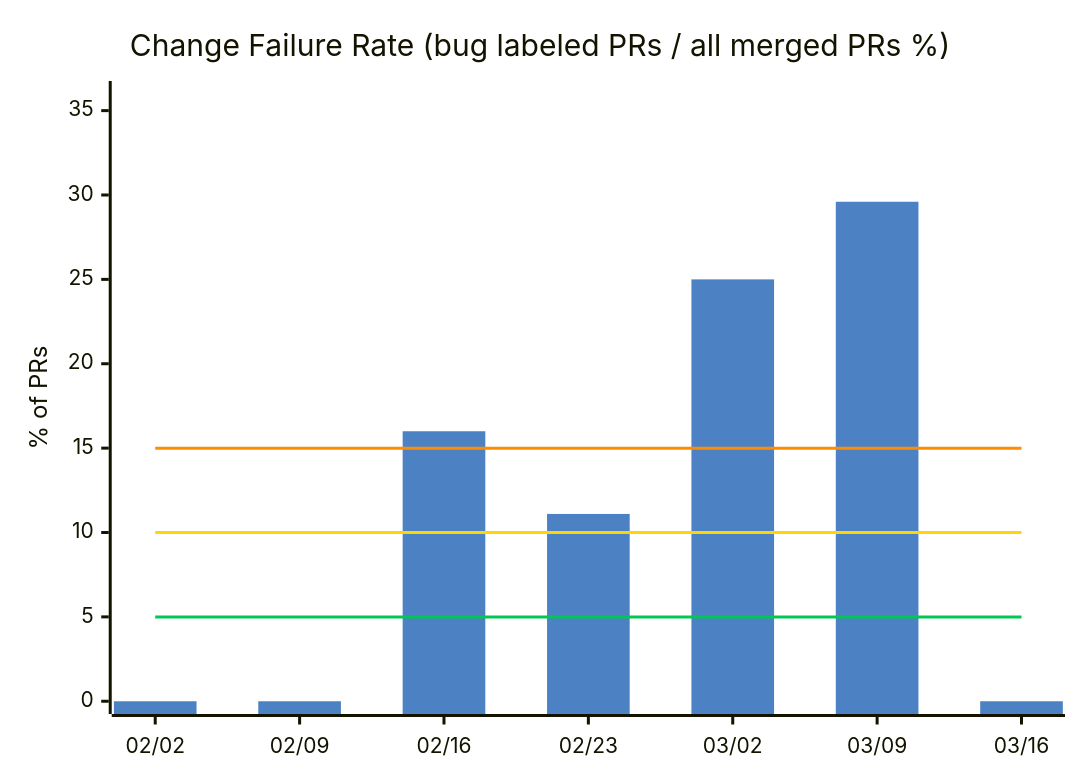
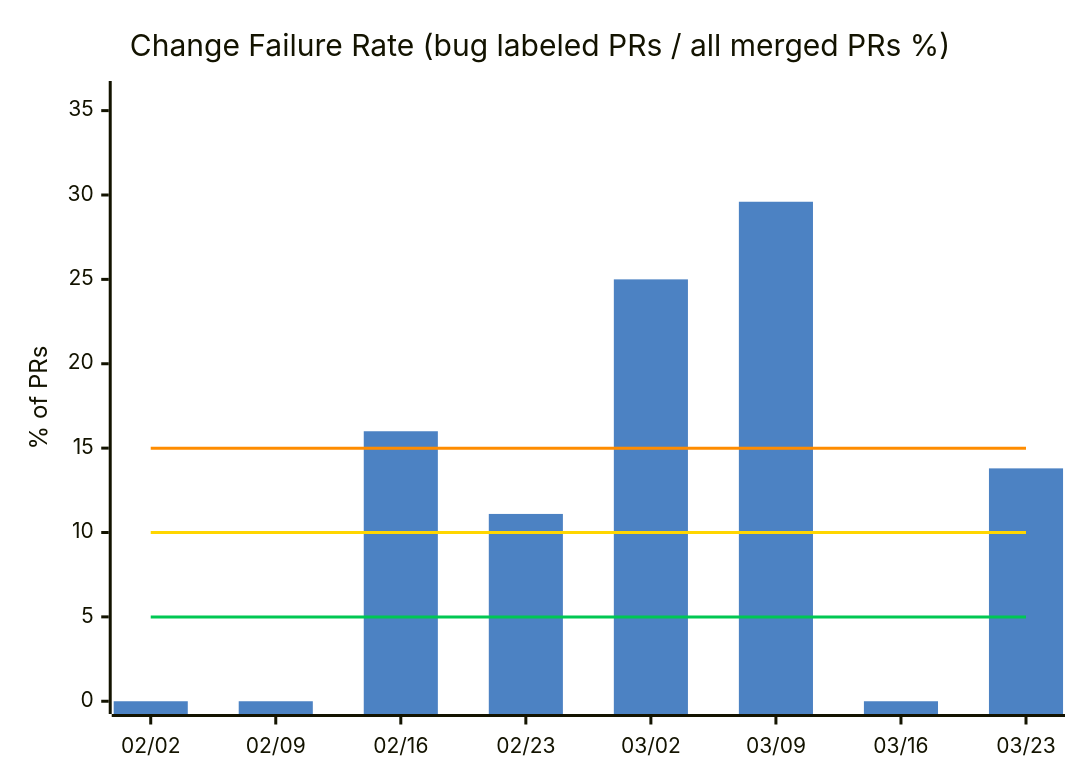
One commit to nablarch/nabledge-dev changed the third of 14 diagrams in docs/metrics.md. Above: the diagram before and after it, drawn with Mermaid. The commit also changed other lines of this file and 2 other files, not shown here.

````diff
--- a/docs/metrics.md
+++ b/docs/metrics.md
@@ -61,11 +61,11 @@
 ```mermaid
 %%{init: {'theme': 'base', 'themeVariables': {'xyChart': {'plotColorPalette': '#4C82C3,#00C853,#FFD600,#FF8C00'}}}}%%
 xychart-beta
   title "Change Failure Rate (bug labeled PRs / all merged PRs %)"
-  x-axis ["02/02", "02/09", "02/16", "02/23", "03/02", "03/09", "03/16"]
+  x-axis ["02/02", "02/09", "02/16", "02/23", "03/02", "03/09", "03/16", "03/23"]
   y-axis "% of PRs" 0 --> 36
-  bar [0, 0, 16, 11.1, 25, 29.6, 0]
-  line [5, 5, 5, 5, 5, 5, 5]
-  line [10, 10, 10, 10, 10, 10, 10]
-  line [15, 15, 15, 15, 15, 15, 15]
+  bar [0, 0, 16, 11.1, 25, 29.6, 0, 13.8]
+  line [5, 5, 5, 5, 5, 5, 5, 5]
+  line [10, 10, 10, 10, 10, 10, 10, 10]
+  line [15, 15, 15, 15, 15, 15, 15, 15]
 ```
````
